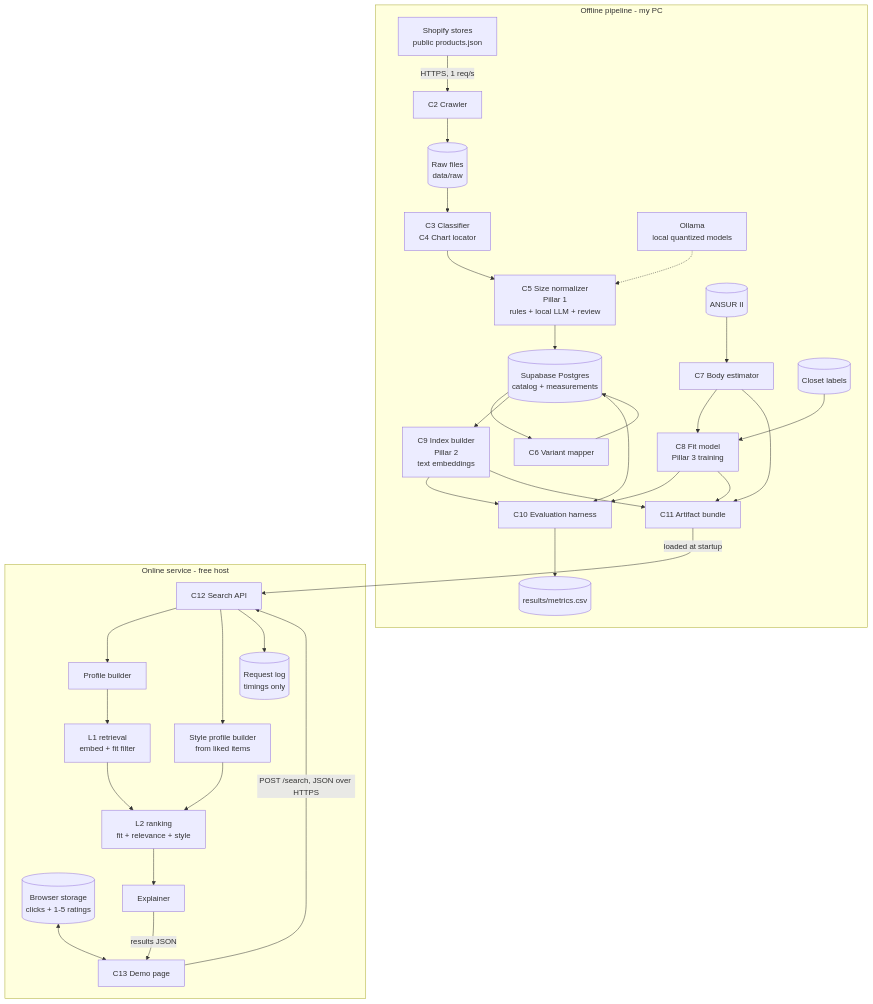
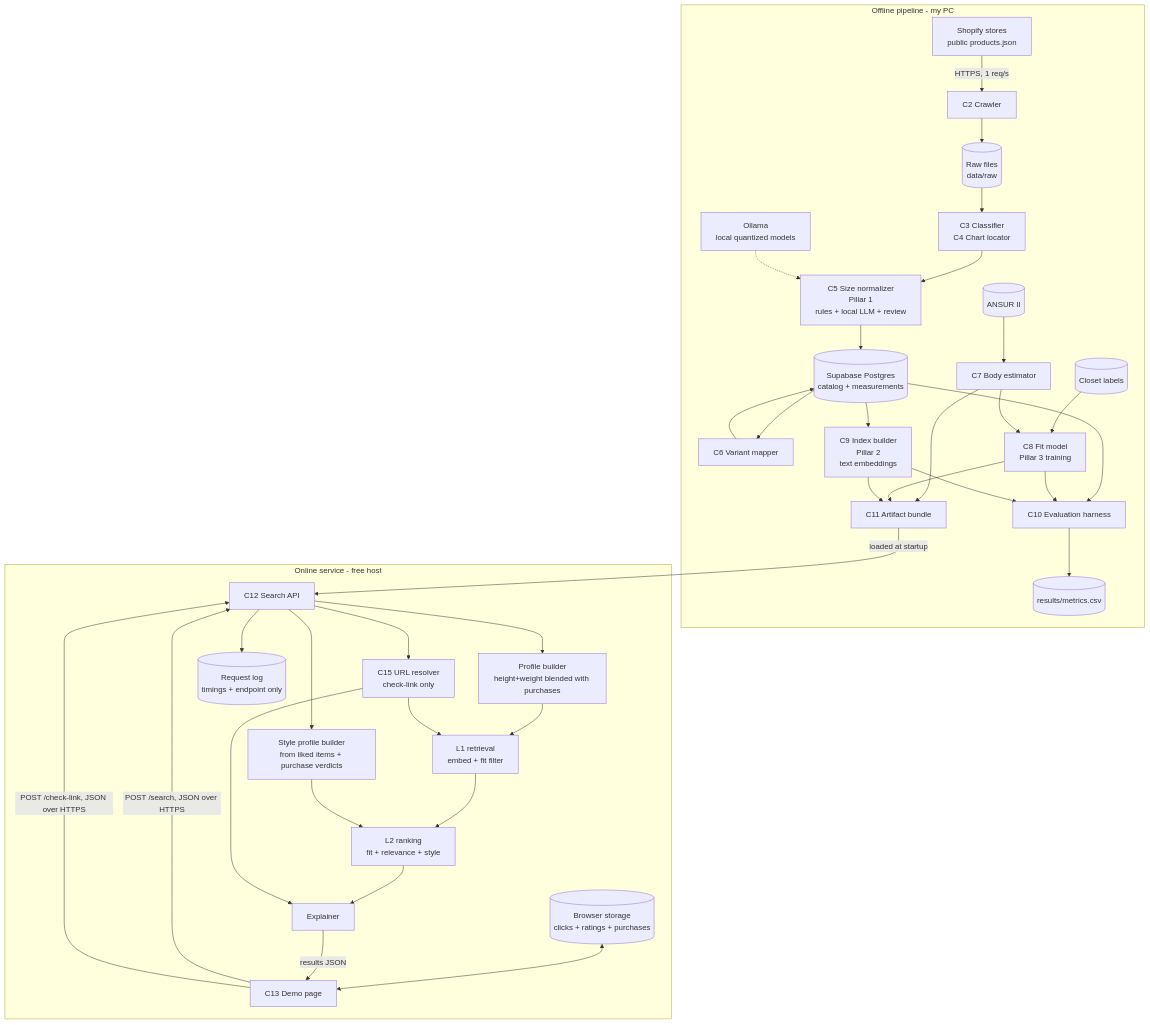
One commit to S-Kapadia/Ai-Clothing-Recommendation changed the diagram in docs/HLD.md. Above: the diagram before and after it, drawn with Mermaid. The commit also changed other lines of this file and 3 other files, not shown here.

````diff
--- a/docs/HLD.md
+++ b/docs/HLD.md
@@ -38,37 +39,41 @@
 ```mermaid
 flowchart TB
   subgraph OFF["Offline pipeline - my PC"]
     S["Shopify stores<br/>public products.json"] -->|HTTPS, 1 req/s| CR["C2 Crawler"]
     CR --> RAW[("Raw files<br/>data/raw")]
     RAW --> CL["C3 Classifier<br/>C4 Chart locator"]
     CL --> NORM["C5 Size normalizer<br/>Pillar 1<br/>rules + local LLM + review"]
     LLM["Ollama<br/>local quantized models"] -.-> NORM
     NORM --> DB[("Supabase Postgres<br/>catalog + measurements")]
     DB --> MAP["C6 Variant mapper"]
     MAP --> DB
     ANSUR[("ANSUR II")] --> BODY["C7 Body estimator"]
     CLOSET[("Closet labels")] --> FIT["C8 Fit model<br/>Pillar 3 training"]
     BODY --> FIT
     DB --> IDX["C9 Index builder<br/>Pillar 2<br/>text embeddings"]
     DB --> EVAL["C10 Evaluation harness"]
     FIT --> EVAL
     IDX --> EVAL
     EVAL --> CSV[("results/metrics.csv")]
     BODY --> BUN["C11 Artifact bundle"]
     FIT --> BUN
     IDX --> BUN
   end
   subgraph ON["Online service - free host"]
-    LS[("Browser storage<br/>clicks + 1-5 ratings")] <--> UI["C13 Demo page"]
+    LS[("Browser storage<br/>clicks + ratings + purchases")] <--> UI["C13 Demo page"]
     UI -->|POST /search, JSON over HTTPS| API["C12 Search API"]
-    API --> PROF["Profile builder"]
-    API --> STY["Style profile builder<br/>from liked items"]
+    UI -->|POST /check-link, JSON over HTTPS| API
+    API --> RES["C15 URL resolver<br/>check-link only"]
+    API --> PROF["Profile builder<br/>height+weight blended with purchases"]
+    API --> STY["Style profile builder<br/>from liked items + purchase verdicts"]
     PROF --> L1["L1 retrieval<br/>embed + fit filter"]
+    RES --> L1
     L1 --> L2["L2 ranking<br/>fit + relevance + style"]
     STY --> L2
     L2 --> EXP["Explainer"]
+    RES --> EXP
     EXP -->|results JSON| UI
-    API --> LOG[("Request log<br/>timings only")]
+    API --> LOG[("Request log<br/>timings + endpoint only")]
   end
   BUN -->|loaded at startup| API
 ```
````
